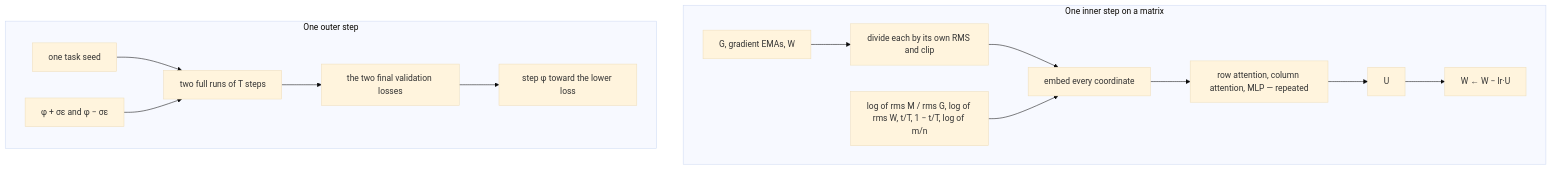
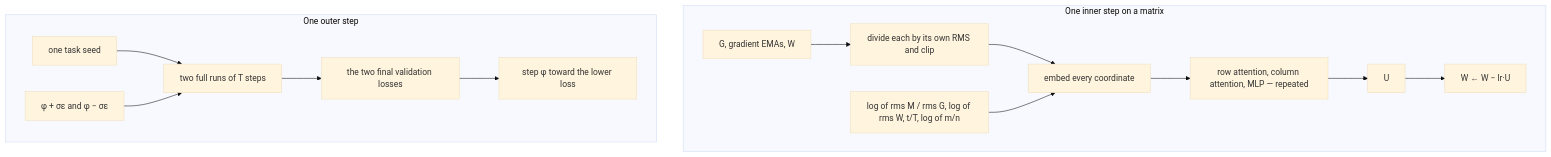
The diagram in README.md (huanghao-sss/hilo), drawn with Mermaid (base theme) before and after one commit. The commit also changed 1 other file, not shown here.

Commit message:
Drop the redundant 1 - t/T global feature.
It is determined by t/T, so the global context keeps only the progress fraction.

````diff
--- a/README.md
+++ b/README.md
@@ -23,17 +23,17 @@
 ```mermaid
 flowchart TB
   subgraph step ["One inner step on a matrix"]
     channels["G, gradient EMAs, W"] --> norm["divide each by its own RMS and clip"]
     norm --> embed["embed every coordinate"]
-    context["log of rms M / rms G, log of rms W, t/T, 1 − t/T, log of m/n"] --> embed
+    context["log of rms M / rms G, log of rms W, t/T, log of m/n"] --> embed
     embed --> block["row attention, column attention, MLP — repeated"]
     block --> update["U"]
     update --> apply["W ← W − lr·U"]
   end
   subgraph outer ["One outer step"]
     seed["one task seed"] --> runs["two full runs of T steps"]
     pair["φ + σε and φ − σε"] --> runs
     runs --> losses["the two final validation losses"]
     losses --> move["step φ toward the lower loss"]
   end
 ```
````
